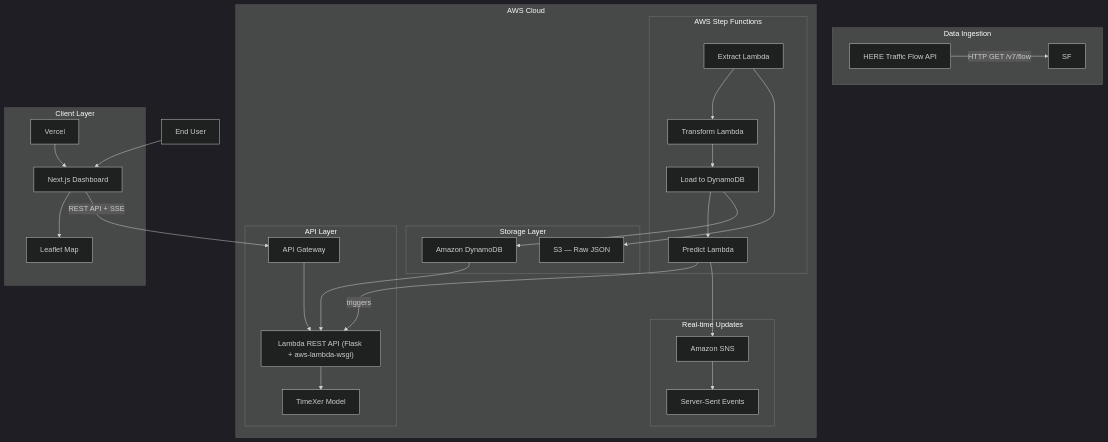
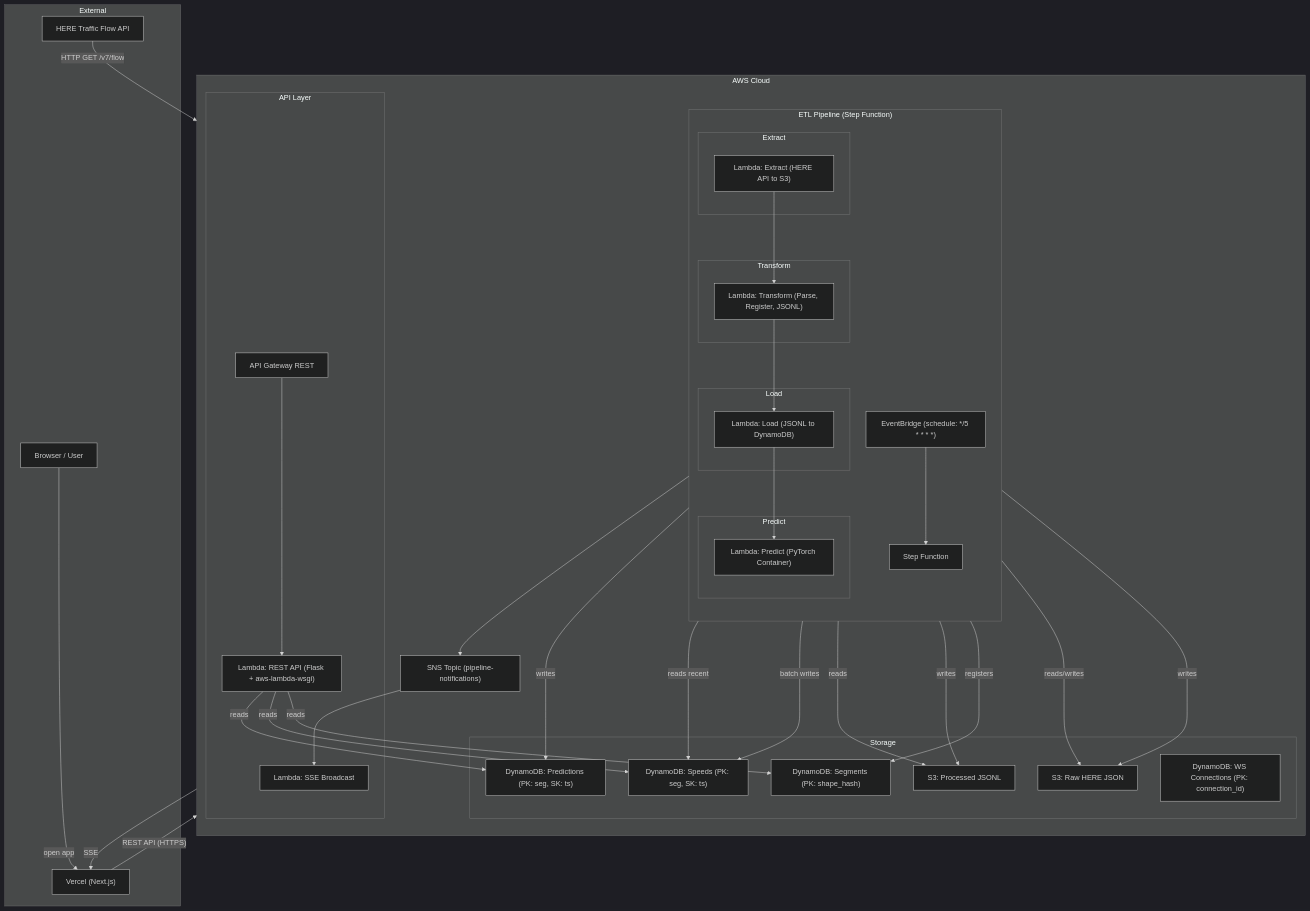
Before and after one commit to vinhky123/TrafficPredictor: the first of 2 diagrams in docs/architecture.md, drawn with Mermaid (dark theme). The commit also changed other lines of this file, not shown here.

Commit message:
docs: update mermaid diagram for serverless arch

````diff
--- a/docs/architecture.md
+++ b/docs/architecture.md
@@ -33,54 +15,76 @@
 ```mermaid
 flowchart TB
-  subgraph ingestion [Data Ingestion]
+  subgraph ext ["External"]
     HERE["HERE Traffic Flow API"]
-    HERE -->|"HTTP GET /v7/flow"| SF
+    Browser["Browser / User"]
+    Vercel["Vercel (Next.js)"]
   end
 
-  subgraph aws [AWS Cloud]
-    subgraph stepfunction [AWS Step Functions]
-      Extract["Extract Lambda"]
-      Transform["Transform Lambda"]
-      Load["Load to DynamoDB"]
-      Predict["Predict Lambda"]
-      Extract --> Transform --> Load --> Predict
+  subgraph aws ["AWS Cloud"]
+    direction TB
+
+    subgraph api ["API Layer"]
+      APIGW["API Gateway REST"]
+      LambdaAPI["Lambda: REST API (Flask + aws-lambda-wsgi)"]
+      LambdaSSE["Lambda: SSE Broadcast"]
     end
 
-    subgraph storage [Storage Layer]
-      DynDB["Amazon DynamoDB"]
-      S3["S3 — Raw JSON"]
+    subgraph pipeline ["ETL Pipeline (Step Function)"]
+      direction TB
+      EV["EventBridge (schedule: */5 * * * *)"] --> SF["Step Function"]
+
+      subgraph sf_extract ["Extract"]
+        L1["Lambda: Extract (HERE API to S3)"]
+      end
+
+      subgraph sf_transform ["Transform"]
+        L2["Lambda: Transform (Parse, Register, JSONL)"]
+      end
+
+      subgraph sf_load ["Load"]
+        L3["Lambda: Load (JSONL to DynamoDB)"]
+      end
+
+      subgraph sf_predict ["Predict"]
+        L4["Lambda: Predict (PyTorch Container)"]
+      end
+
+      L1 --> L2 --> L3 --> L4
     end
 
-    Extract --> S3
-    Load --> DynDB
-
-    subgraph api [API Layer]
-      APIGW["API Gateway"]
-      Lambda["Lambda REST API (Flask + aws-lambda-wsgi)"]
-      TimeXer["TimeXer Model"]
-      APIGW --> Lambda
-      Lambda --> TimeXer
+    subgraph storage ["Storage"]
+      D1["DynamoDB: Segments (PK: shape_hash)"]
+      D2["DynamoDB: Speeds (PK: seg, SK: ts)"]
+      D3["DynamoDB: Predictions (PK: seg, SK: ts)"]
+      D4["DynamoDB: WS Connections (PK: connection_id)"]
+      S3RAW["S3: Raw HERE JSON"]
+      S3PROC["S3: Processed JSONL"]
     end
 
-    DynDB --> Lambda
-    Predict -->|triggers| Lambda
-
-    subgraph realtime [Real-time Updates]
-      SNS["Amazon SNS"]
-      SSE["Server-Sent Events"]
-    end
-
-    Predict --> SNS --> SSE
+    SNS["SNS Topic (pipeline-notifications)"]
   end
 
-  subgraph client [Client Layer]
-    Vercel["Vercel"]
-    NextJS["Next.js Dashboard"]
-    Leaflet["Leaflet Map"]
-    Vercel --> NextJS
-    NextJS --> Leaflet
-  end
+  HERE -- "HTTP GET /v7/flow" --> L1
 
-  NextJS -->|"REST API + SSE"| APIGW
-  User["End User"] --> NextJS
+  L1 -- "writes" --> S3RAW
+  L2 -- "reads/writes" --> S3RAW
+  L2 -- "registers" --> D1
+  L2 -- "writes" --> S3PROC
+  L3 -- "reads" --> S3PROC
+  L3 -- "batch writes" --> D2
+  L4 -- "reads recent" --> D2
+  L4 -- "writes" --> D3
+
+  L4 --> SNS
+  SNS --> LambdaSSE
+
+  LambdaAPI -- "reads" --> D1
+  LambdaAPI -- "reads" --> D2
+  LambdaAPI -- "reads" --> D3
+
+  Browser -- "open app" --> Vercel
+  Vercel -- "REST API (HTTPS)" --> APIGW
+  APIGW --> LambdaAPI
+
+  LambdaSSE -- "SSE" --> Vercel
 ```
````
